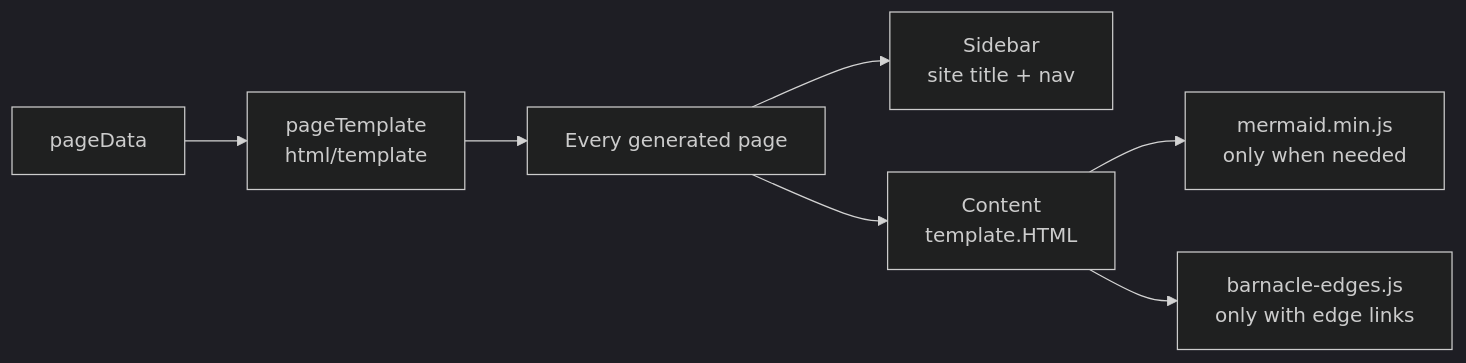
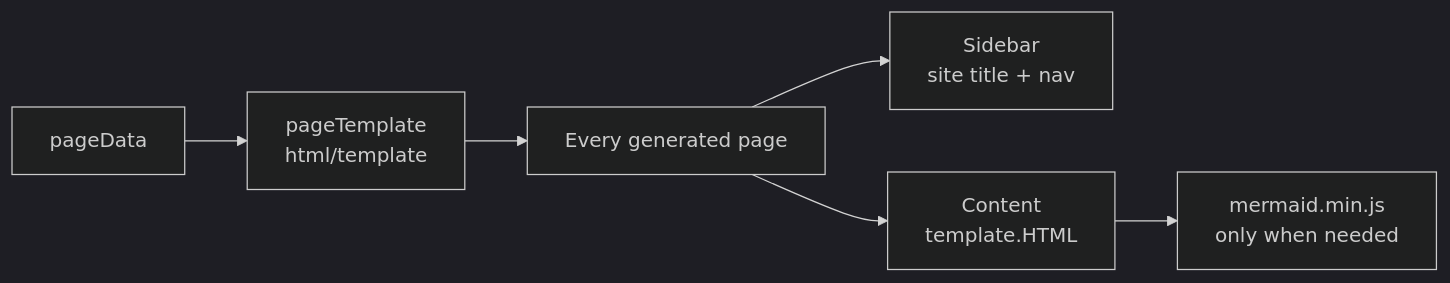
One commit to fordaj/barnacle changed the diagram in internal/barnacle/template.go.md. Above: the diagram before and after it, drawn with Mermaid (dark theme). The commit also changed other lines of this file and 13 other files, not shown here.

````diff
--- a/internal/barnacle/template.go.md
+++ b/internal/barnacle/template.go.md
@@ -3,12 +3,11 @@
 ```mermaid
 flowchart LR
     Data[pageData] --> Shell[pageTemplate<br/>html/template]
     Shell --> Page[Every generated page]
     Page --> Aside[Sidebar<br/>site title + nav]
     Page --> Main[Content<br/>template.HTML]
     Main --> Mermaid[mermaid.min.js<br/>only when needed]
-    Main --> Edges[barnacle-edges.js<br/>only with edge links]
     click Data href "#pagedata"
     click Main href "render.go.md"
     click Aside href "nav.go.md"
 ```
````
